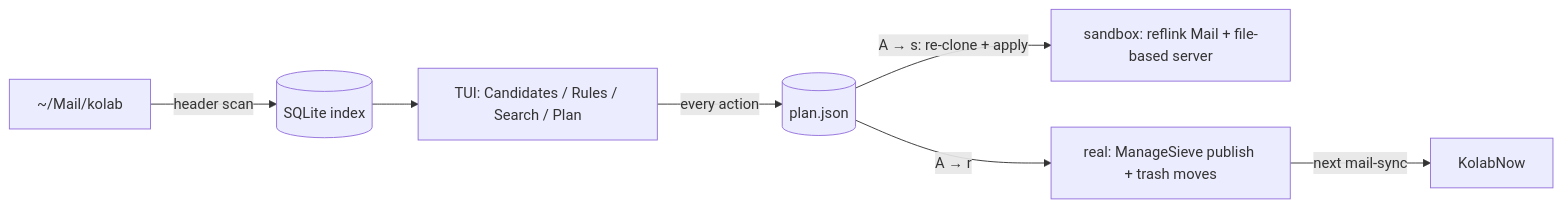
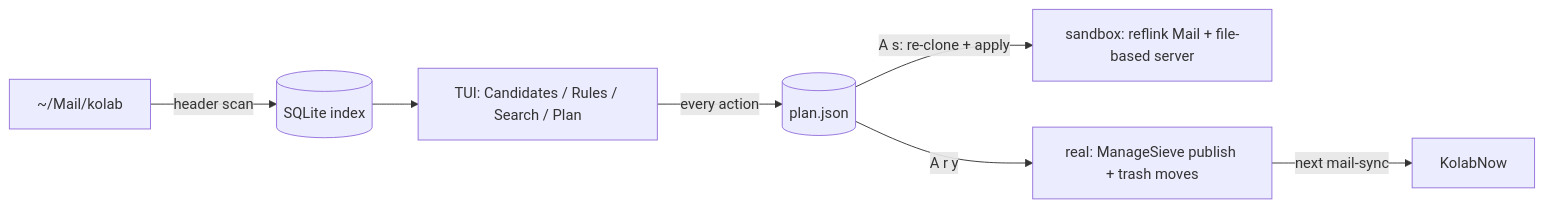
One commit to jfryman/sluice changed the diagram in lode/summary.md. Above: the diagram before and after it, drawn with Mermaid. The commit also changed 6 other files, not shown here.

First line of the commit message:
Write the apply key sequence vim-style as A r y

````diff
--- a/lode/summary.md
+++ b/lode/summary.md
@@ -16,9 +16,9 @@
 ```mermaid
 flowchart LR
   MD[~/Mail/kolab] -->|header scan| IDX[(SQLite index)]
   IDX --> TUI[TUI: Candidates / Rules / Search / Plan]
   TUI -->|every action| PL[(plan.json)]
-  PL -->|A → s: re-clone + apply| SB[sandbox: reflink Mail + file-based server]
-  PL -->|A → r| RL[real: ManageSieve publish + trash moves]
+  PL -->|A s: re-clone + apply| SB[sandbox: reflink Mail + file-based server]
+  PL -->|A r y| RL[real: ManageSieve publish + trash moves]
   RL -->|next mail-sync| KI[KolabNow]
 ```
````
